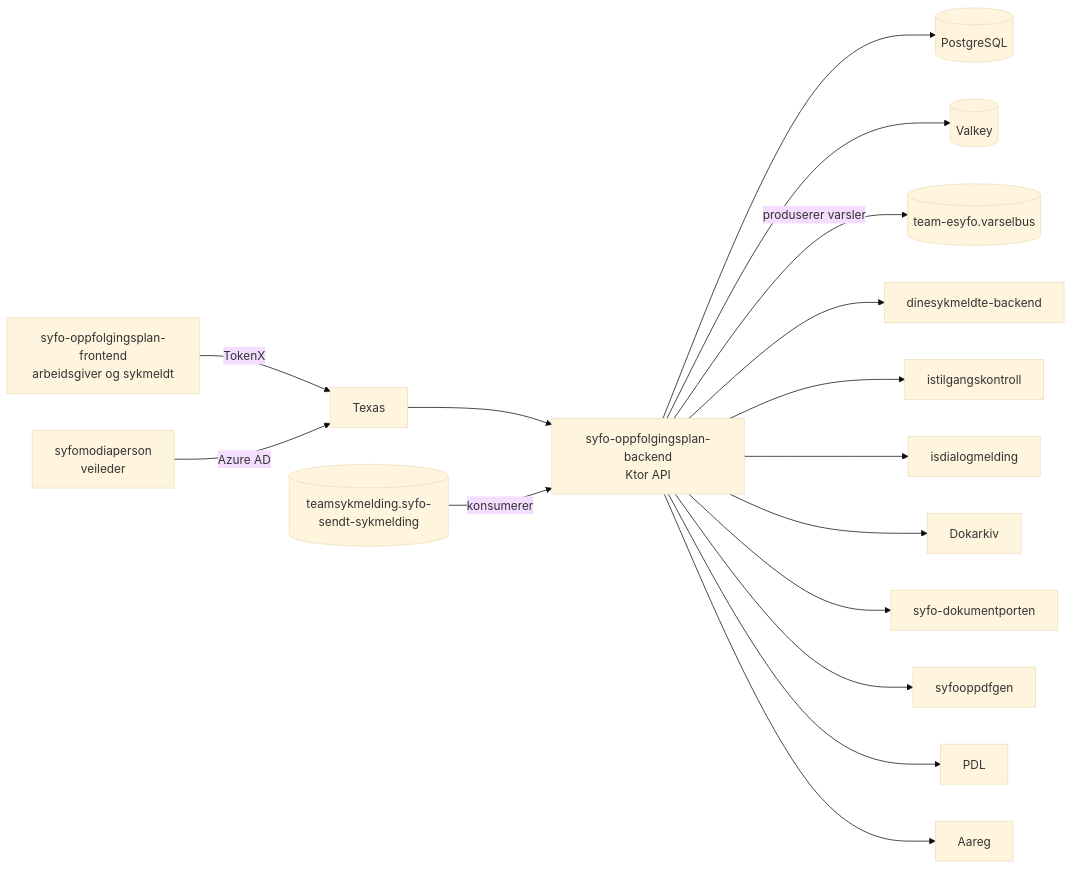
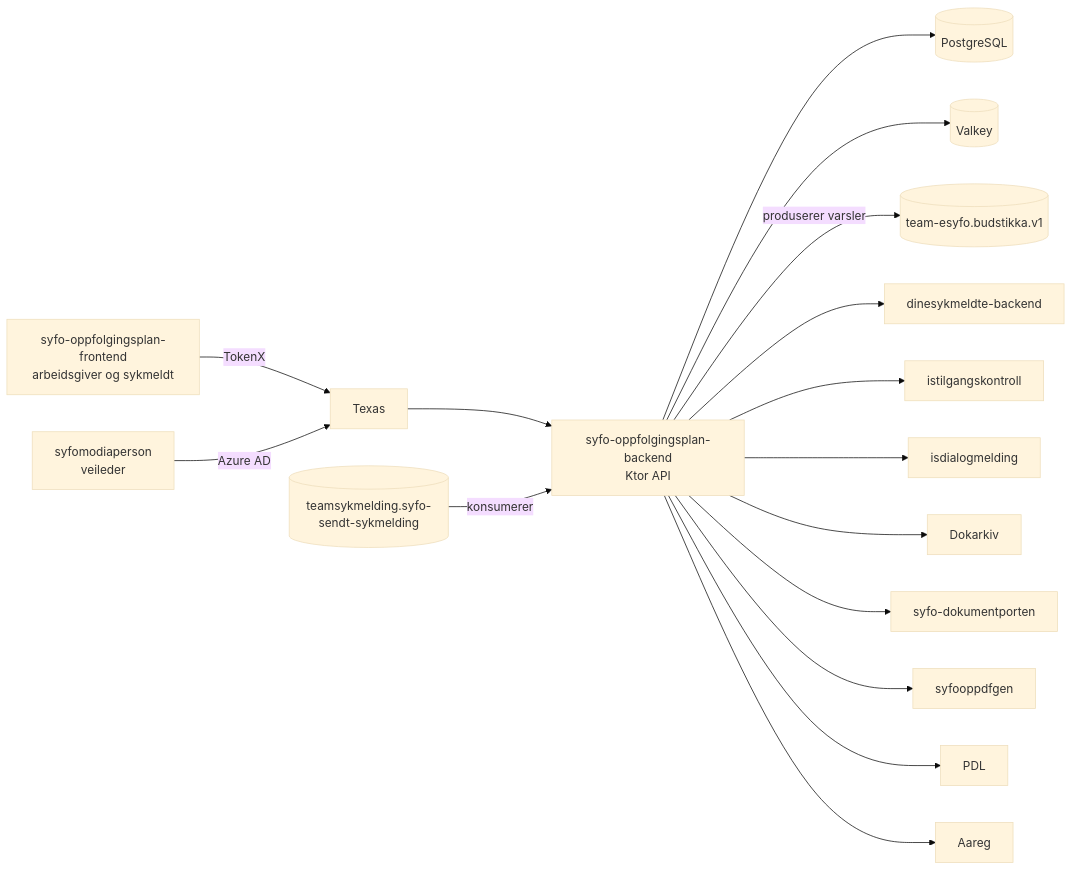
Before and after one commit to navikt/syfo-oppfolgingsplan-backend: the diagram in README.md, drawn with Mermaid (base theme). The commit also changed other lines of this file, not shown here.

````diff
--- a/README.md
+++ b/README.md
@@ -21,35 +21,35 @@
 ```mermaid
 flowchart LR
     frontend[syfo-oppfolgingsplan-frontend<br/>arbeidsgiver og sykmeldt]
     modiaperson[syfomodiaperson<br/>veileder]
     backend[syfo-oppfolgingsplan-backend<br/>Ktor API]
     texas[Texas]
     postgres[(PostgreSQL)]
     valkey[(Valkey)]
     sykmelding[(teamsykmelding.syfo-sendt-sykmelding)]
-    varselbus[(team-esyfo.varselbus)]
+    syfo-budstikka[(team-esyfo.budstikka.v1)]
     dinesykmeldte[dinesykmeldte-backend]
     tilgang[istilgangskontroll]
     dialog[isdialogmelding]
     dokarkiv[Dokarkiv]
     dokumentporten[syfo-dokumentporten]
     pdfgen[syfooppdfgen]
     pdl[PDL]
     aareg[Aareg]
 
     frontend -->|TokenX| texas
     modiaperson -->|Azure AD| texas
     texas --> backend
     backend --> postgres
     backend --> valkey
     sykmelding -->|konsumerer| backend
-    backend -->|produserer varsler| varselbus
+    backend -->|produserer varsler| syfo-budstikka
     backend --> dinesykmeldte
     backend --> tilgang
     backend --> dialog
     backend --> dokarkiv
     backend --> dokumentporten
     backend --> pdfgen
     backend --> pdl
     backend --> aareg
 ```
````
